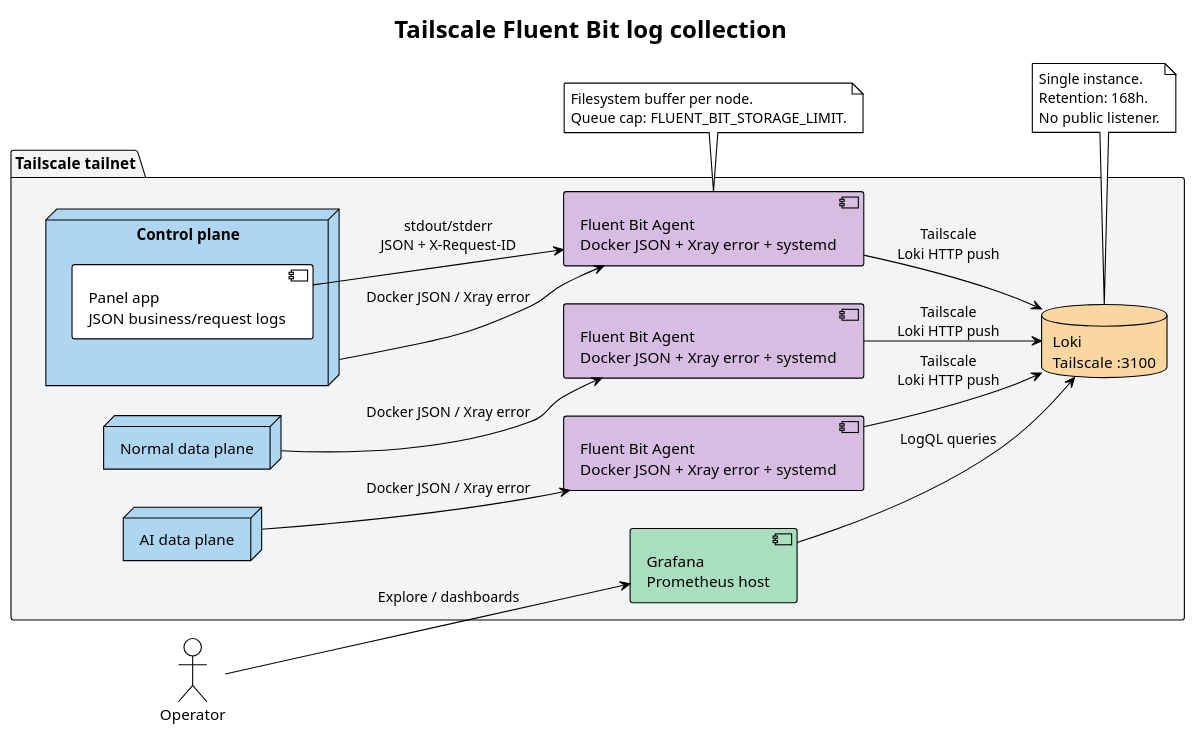
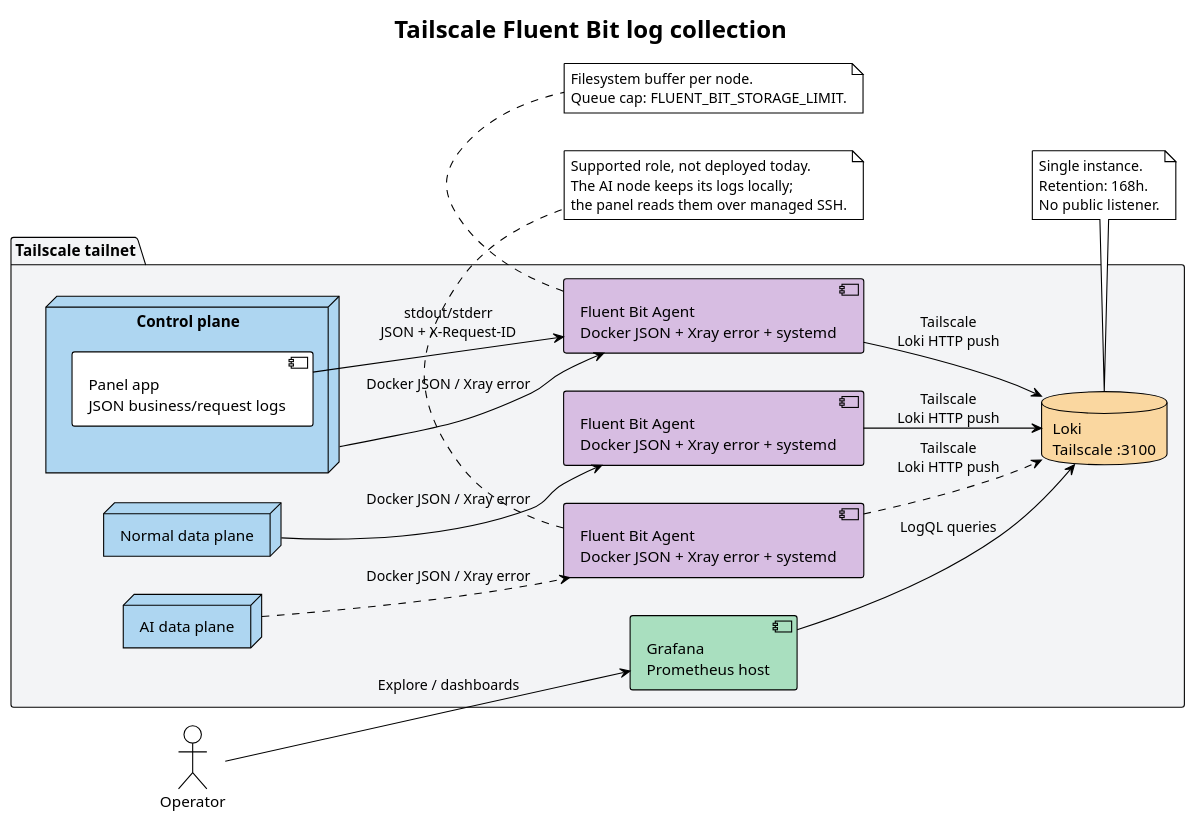
Before and after one commit to i-zrhe2016/ai-routing-panel: the diagram in docs/diagrams/logging-fluent-bit.puml, drawn with PlantUML. The commit also changed 4 other files, not shown here.

```diff
--- a/docs/diagrams/logging-fluent-bit.puml
+++ b/docs/diagrams/logging-fluent-bit.puml
@@ -1,40 +1,46 @@
 @startuml
 !theme plain
 title Tailscale Fluent Bit log collection
 left to right direction
 
 package "Tailscale tailnet" #F3F4F6 {
   node "Control plane" as control #AED6F1 {
     component "Panel app\nJSON business/request logs" as panel
   }
   node "Normal data plane" as data #AED6F1
   node "AI data plane" as ai #AED6F1
   component "Fluent Bit Agent\nDocker JSON + Xray error + systemd" as fluentbit #D7BDE2
   component "Fluent Bit Agent\nDocker JSON + Xray error + systemd" as fluentbit_data #D7BDE2
   component "Fluent Bit Agent\nDocker JSON + Xray error + systemd" as fluentbit_ai #D7BDE2
   database "Loki\nTailscale :3100" as loki #FAD7A0
   component "Grafana\nPrometheus host" as grafana #A9DFBF
 }
 actor "Operator" as operator
 
 panel --> fluentbit : stdout/stderr\nJSON + X-Request-ID
 control --> fluentbit : Docker JSON / Xray error
 data --> fluentbit_data : Docker JSON / Xray error
-ai --> fluentbit_ai : Docker JSON / Xray error
+ai ..> fluentbit_ai : Docker JSON / Xray error
 fluentbit --> loki : Tailscale\nLoki HTTP push
 fluentbit_data --> loki : Tailscale\nLoki HTTP push
-fluentbit_ai --> loki : Tailscale\nLoki HTTP push
+fluentbit_ai ..> loki : Tailscale\nLoki HTTP push
 grafana --> loki : LogQL queries
 operator --> grafana : Explore / dashboards
+
+note bottom of fluentbit_ai
+  Supported role, not deployed today.
+  The AI node keeps its logs locally;
+  the panel reads them over managed SSH.
+end note
 
 note bottom of fluentbit
   Filesystem buffer per node.
   Queue cap: FLUENT_BIT_STORAGE_LIMIT.
 end note
 
 note bottom of loki
   Single instance.
   Retention: 168h.
   No public listener.
 end note
 @enduml
```
